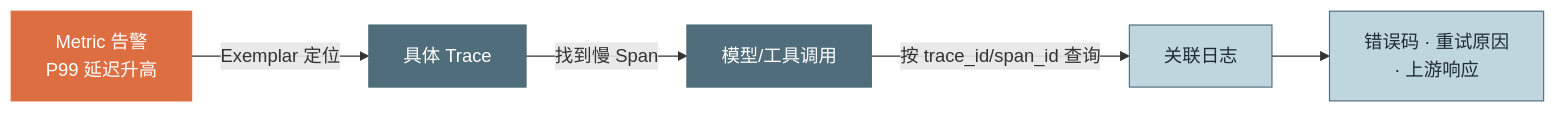
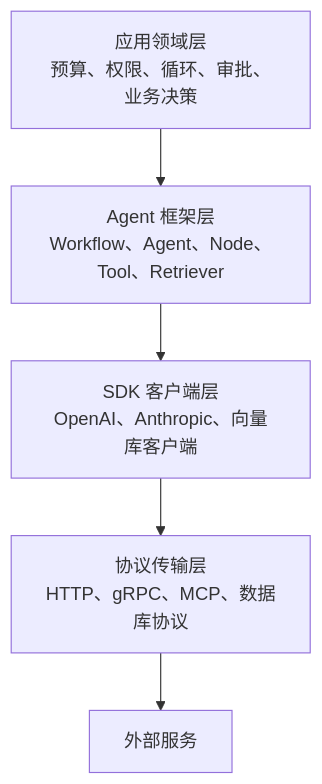
The ninth of 13 diagrams in 附录/附录G-OpenTelemetry详解.md (cdavid817/agent-book), drawn with Mermaid before and after one commit. The commit also changed other lines of this file and 5 other files, not shown here.

````diff
--- a/附录/附录G-OpenTelemetry详解.md
+++ b/附录/附录G-OpenTelemetry详解.md
@@ -69,14 +2239,13 @@
 ```mermaid
-flowchart LR
-    A["Metric 告警<br/>P99 延迟升高"] -->|"Exemplar 定位"| B["具体 Trace"]
-    B -->|"找到慢 Span"| C["模型/工具调用"]
-    C -->|"按 trace_id/span_id 查询"| D["关联日志"]
-    D --> E["错误码 · 重试原因<br/>· 上游响应"]
+flowchart TD
+    A["应用领域层<br/>预算、权限、循环、审批、业务决策"]
+    B["Agent 框架层<br/>Workflow、Agent、Node、Tool、Retriever"]
+    C["SDK 客户端层<br/>OpenAI、Anthropic、向量库客户端"]
+    D["协议传输层<br/>HTTP、gRPC、MCP、数据库协议"]
+    E["外部服务"]
 
-    classDef m fill:#DD6E42,stroke:#DD6E42,color:#fff
-    classDef t fill:#4F6D7A,stroke:#4F6D7A,color:#fff
-    classDef l fill:#C0D6DF,stroke:#4F6D7A,color:#1f2d33
-    class A m
-    class B,C t
-    class D,E l
+    A --> B
+    B --> C
+    C --> D
+    D --> E
 ```
````
